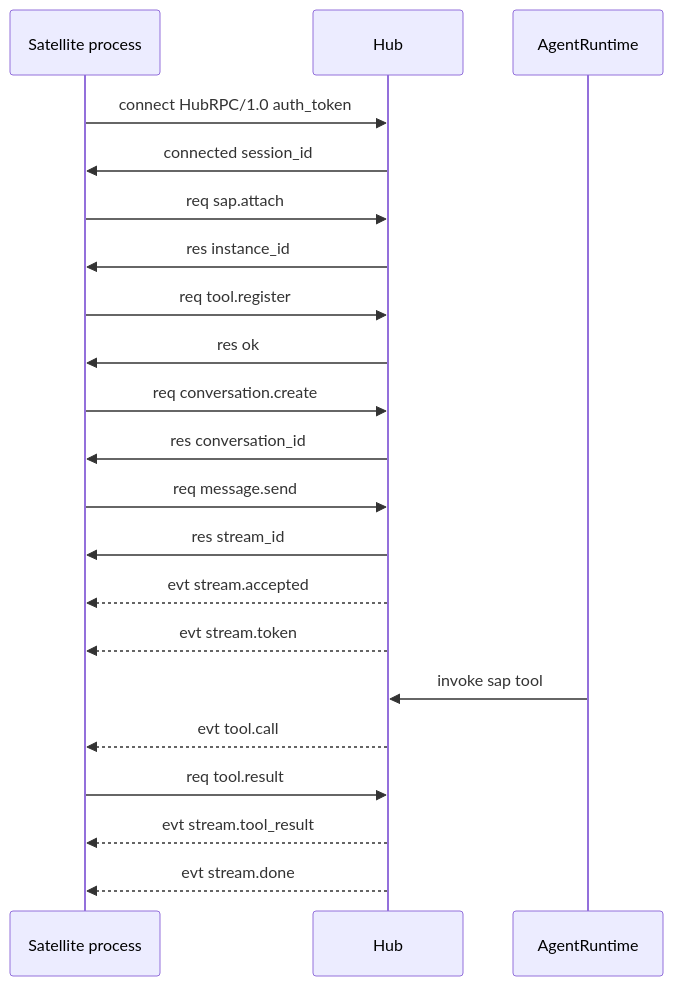
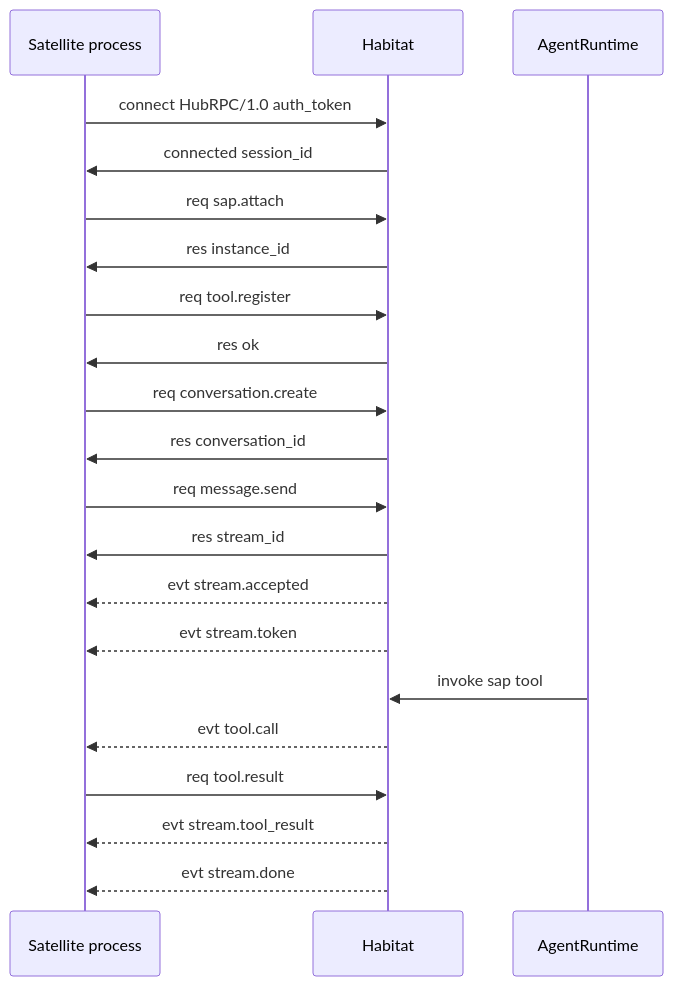
The second of 2 diagrams in docs/sap/overview.md (freeanima-org/freeanima), drawn with Mermaid before and after one commit. The commit also changed other lines of this file and 933 other files, not shown here.

````diff
--- a/docs/sap/overview.md
+++ b/docs/sap/overview.md
@@ -40,24 +40,24 @@
 ```mermaid
 sequenceDiagram
   participant Sat as Satellite process
-  participant Hub as Hub
+  participant Habitat as Habitat
   participant Agent as AgentRuntime
 
-  Sat->>Hub: connect HubRPC/1.0 auth_token
-  Hub->>Sat: connected session_id
-  Sat->>Hub: req sap.attach
-  Hub->>Sat: res instance_id
-  Sat->>Hub: req tool.register
-  Hub->>Sat: res ok
-  Sat->>Hub: req conversation.create
-  Hub->>Sat: res conversation_id
-  Sat->>Hub: req message.send
-  Hub->>Sat: res stream_id
-  Hub-->>Sat: evt stream.accepted
-  Hub-->>Sat: evt stream.token
-  Agent->>Hub: invoke sap tool
-  Hub-->>Sat: evt tool.call
-  Sat->>Hub: req tool.result
-  Hub-->>Sat: evt stream.tool_result
-  Hub-->>Sat: evt stream.done
+  Sat->>Habitat: connect HubRPC/1.0 auth_token
+  Habitat->>Sat: connected session_id
+  Sat->>Habitat: req sap.attach
+  Habitat->>Sat: res instance_id
+  Sat->>Habitat: req tool.register
+  Habitat->>Sat: res ok
+  Sat->>Habitat: req conversation.create
+  Habitat->>Sat: res conversation_id
+  Sat->>Habitat: req message.send
+  Habitat->>Sat: res stream_id
+  Habitat-->>Sat: evt stream.accepted
+  Habitat-->>Sat: evt stream.token
+  Agent->>Habitat: invoke sap tool
+  Habitat-->>Sat: evt tool.call
+  Sat->>Habitat: req tool.result
+  Habitat-->>Sat: evt stream.tool_result
+  Habitat-->>Sat: evt stream.done
 ```
````
